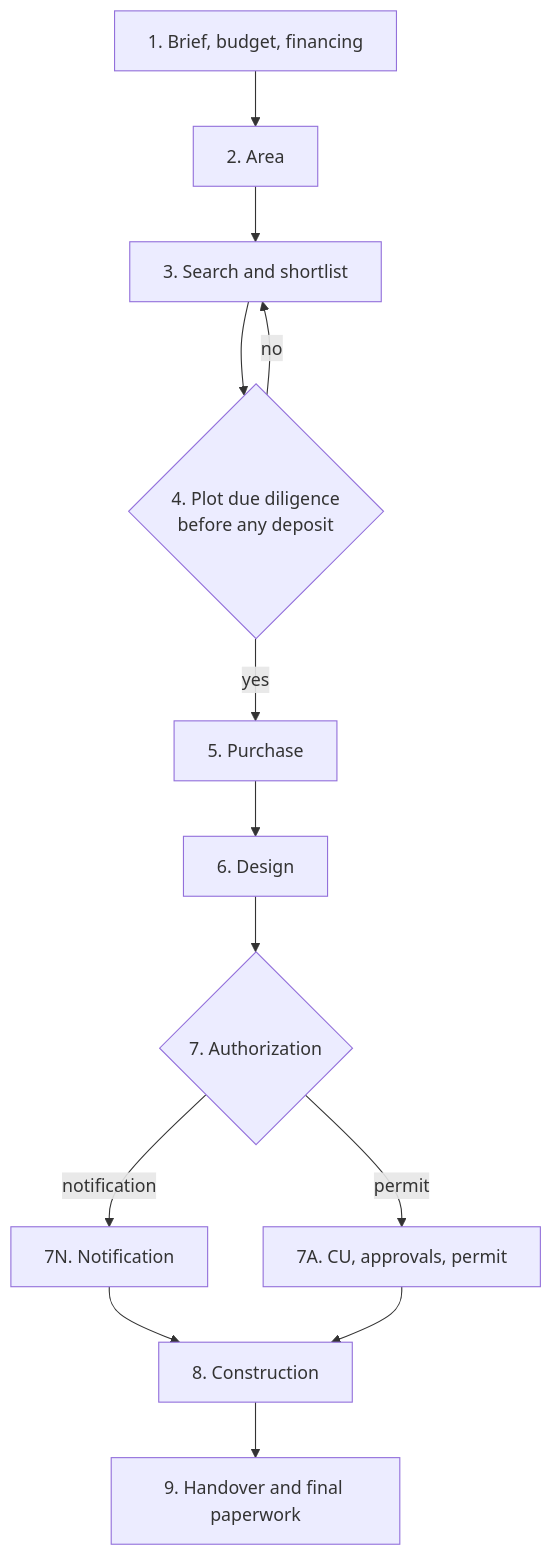
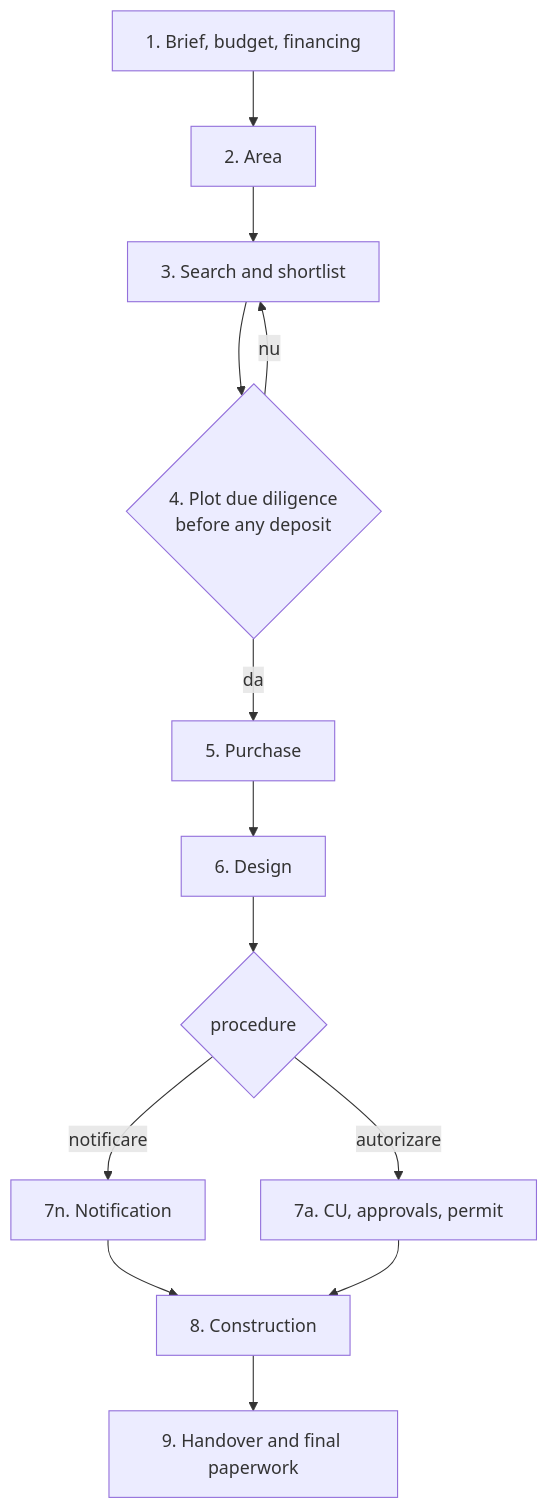
The diagram in docs/functional-spec.md (forgeit-co/tekton), drawn with Mermaid before and after one commit. The commit also changed other lines of this file and 4 other files, not shown here.

````diff
--- a/docs/functional-spec.md
+++ b/docs/functional-spec.md
@@ -68,15 +74,15 @@
 ```mermaid
 flowchart TD
     S1["1. Brief, budget, financing"] --> S2["2. Area"]
     S2 --> S3["3. Search and shortlist"]
     S3 --> S4{"4. Plot due diligence<br/>before any deposit"}
-    S4 -- no --> S3
-    S4 -- yes --> S5["5. Purchase"]
+    S4 -- nu --> S3
+    S4 -- da --> S5["5. Purchase"]
     S5 --> S6["6. Design"]
-    S6 --> S7{"7. Authorization"}
-    S7 -- notification --> S7N["7N. Notification"]
-    S7 -- permit --> S7A["7A. CU, approvals, permit"]
+    S6 --> S7{"procedure"}
+    S7 -- notificare --> S7N["7n. Notification"]
+    S7 -- autorizare --> S7A["7a. CU, approvals, permit"]
     S7N --> S8["8. Construction"]
     S7A --> S8
     S8 --> S9["9. Handover and final paperwork"]
 ```
````
